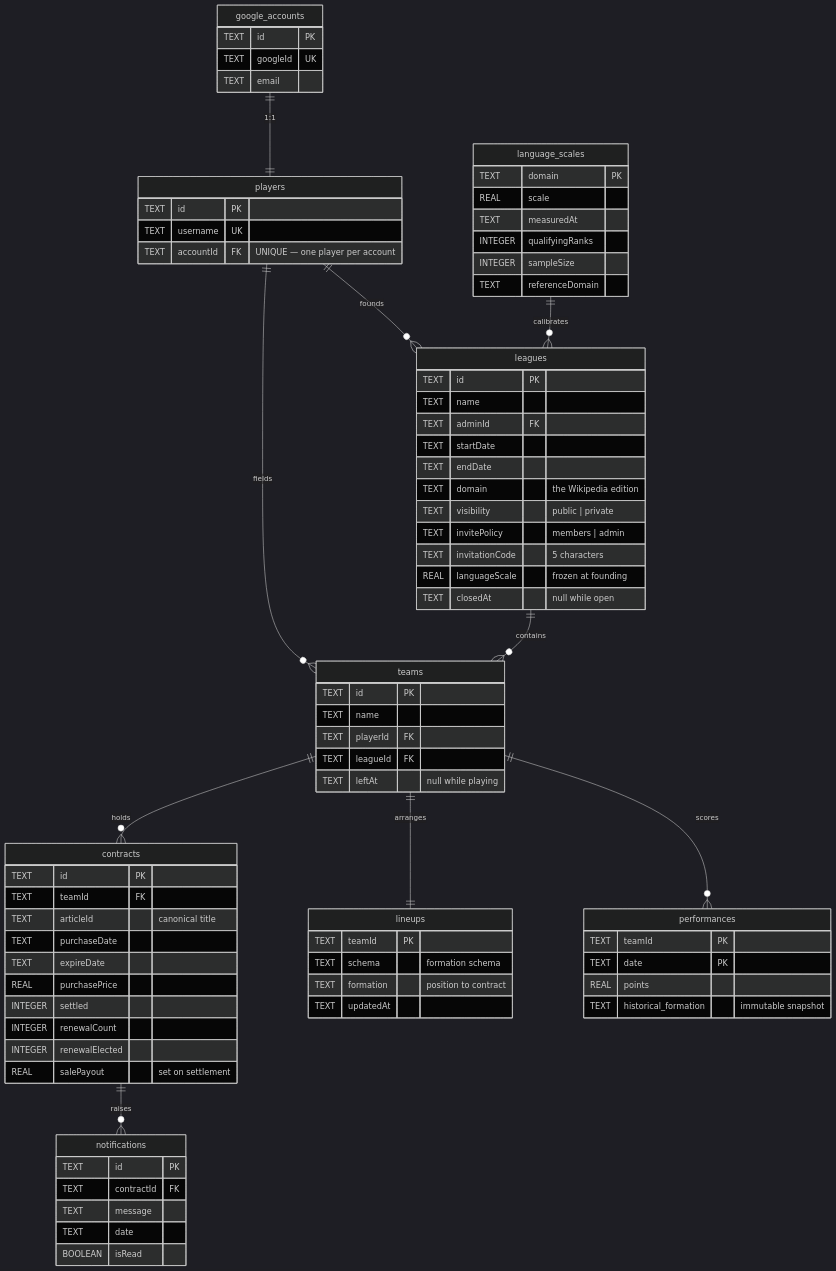
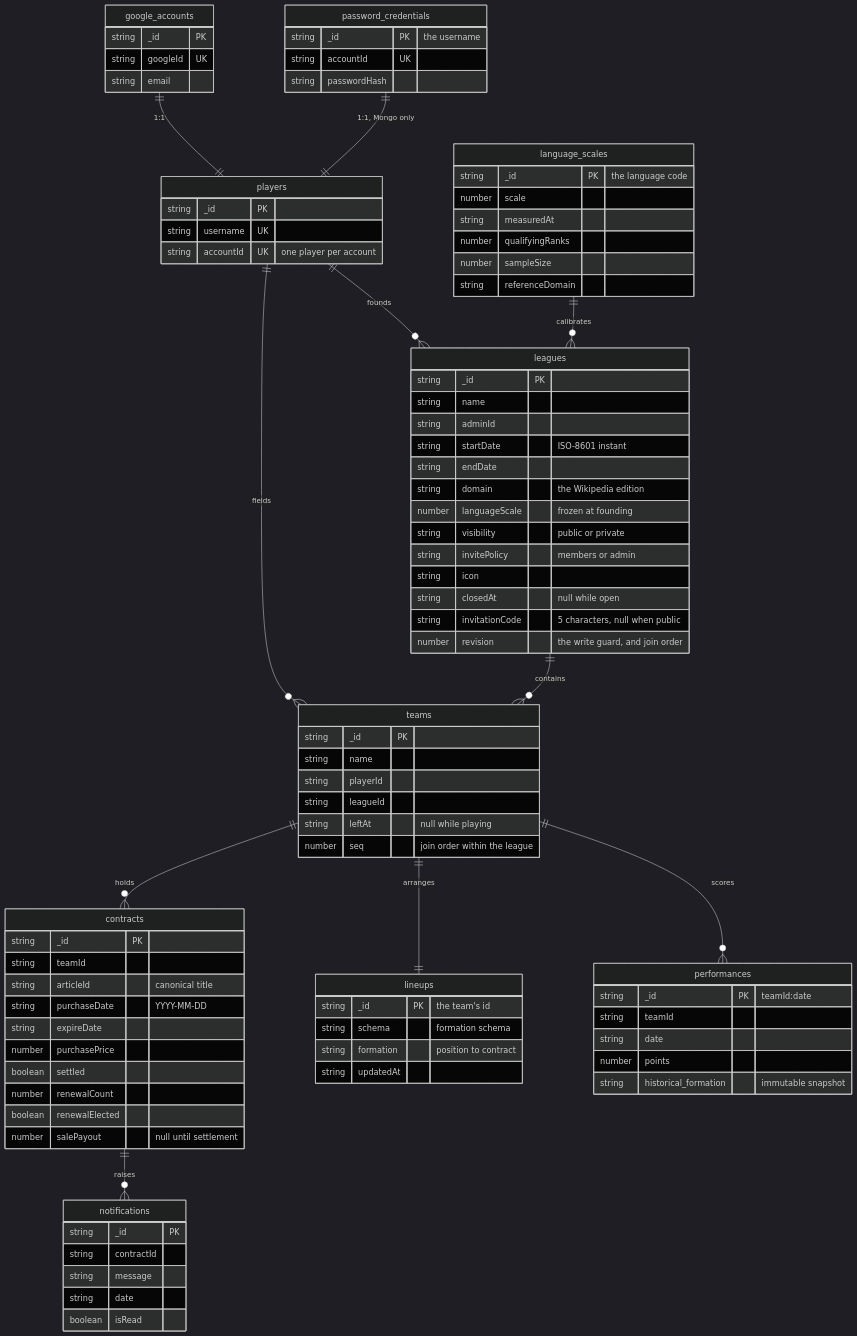
Before and after one commit to FantasyWiki/FantasyWiki: the first of 2 diagrams in docs/site/pages/architecture/data-model.md, drawn with Mermaid (dark theme). The commit also changed other lines of this file and 48 other files, not shown here.

First line of the commit message:
feat: add authentication via username and password (#570)

````diff
--- a/docs/site/pages/architecture/data-model.md
+++ b/docs/site/pages/architecture/data-model.md
@@ -17,6 +29,7 @@
 ```mermaid
 erDiagram
   google_accounts ||--|| players : "1:1"
+  password_credentials ||--|| players : "1:1, Mongo only"
   players ||--o{ leagues : "founds"
   players ||--o{ teams : "fields"
   leagues ||--o{ teams : "contains"
@@ -27,80 +40,90 @@
   language_scales ||--o{ leagues : "calibrates"
 
   google_accounts {
-    TEXT id PK
-    TEXT googleId UK
-    TEXT email
+    string _id PK
+    string googleId UK
+    string email
+  }
+
+  password_credentials {
+    string _id PK "the username"
+    string accountId UK
+    string passwordHash
   }
 
   players {
-    TEXT id PK
-    TEXT username UK
-    TEXT accountId FK "UNIQUE — one player per account"
+    string _id PK
+    string username UK
+    string accountId UK "one player per account"
   }
 
   leagues {
-    TEXT id PK
-    TEXT name
-    TEXT adminId FK
-    TEXT startDate
-    TEXT endDate
-    TEXT domain "the Wikipedia edition"
-    TEXT visibility "public | private"
-    TEXT invitePolicy "members | admin"
-    TEXT invitationCode "5 characters"
-    REAL languageScale "frozen at founding"
-    TEXT closedAt "null while open"
+    string _id PK
+    string name
+    string adminId
+    string startDate "ISO-8601 instant"
+    string endDate
+    string domain "the Wikipedia edition"
+    number languageScale "frozen at founding"
+    string visibility "public or private"
+    string invitePolicy "members or admin"
+    string icon
+    string closedAt "null while open"
+    string invitationCode "5 characters, null when public"
+    number revision "the write guard, and join order"
   }
 
   teams {
-    TEXT id PK
-    TEXT name
-    TEXT playerId FK
-    TEXT leagueId FK
-    TEXT leftAt "null while playing"
+    string _id PK
+    string name
+    string playerId
+    string leagueId
+    string leftAt "null while playing"
+    number seq "join order within the league"
   }
 
   contracts {
-    TEXT id PK
-    TEXT teamId FK
-    TEXT articleId "canonical title"
-    TEXT purchaseDate
-    TEXT expireDate
-    REAL purchasePrice
-    INTEGER settled
-    INTEGER renewalCount
-    INTEGER renewalElected
-    REAL salePayout "set on settlement"
+    string _id PK
+    string teamId
+    string articleId "canonical title"
+    string purchaseDate "YYYY-MM-DD"
+    string expireDate
+    number purchasePrice
+    boolean settled
+    number renewalCount
+    boolean renewalElected
+    number salePayout "null until settlement"
   }
 
   lineups {
-    TEXT teamId PK
-    TEXT schema "formation schema"
-    TEXT formation "position to contract"
-    TEXT updatedAt
+    string _id PK "the team's id"
+    string schema "formation schema"
+    string formation "position to contract"
+    string updatedAt
   }
 
   performances {
-    TEXT teamId PK
-    TEXT date PK
-    REAL points
-    TEXT historical_formation "immutable snapshot"
+    string _id PK "teamId:date"
+    string teamId
+    string date
+    number points
+    string historical_formation "immutable snapshot"
   }
 
   notifications {
-    TEXT id PK
-    TEXT contractId FK
-    TEXT message
-    TEXT date
-    BOOLEAN isRead
+    string _id PK
+    string contractId
+    string message
+    string date
+    boolean isRead
   }
 
   language_scales {
-    TEXT domain PK
-    REAL scale
-    TEXT measuredAt
-    INTEGER qualifyingRanks
-    INTEGER sampleSize
-    TEXT referenceDomain
+    string _id PK "the language code"
+    number scale
+    string measuredAt
+    number qualifyingRanks
+    number sampleSize
+    string referenceDomain
   }
 ```
````
